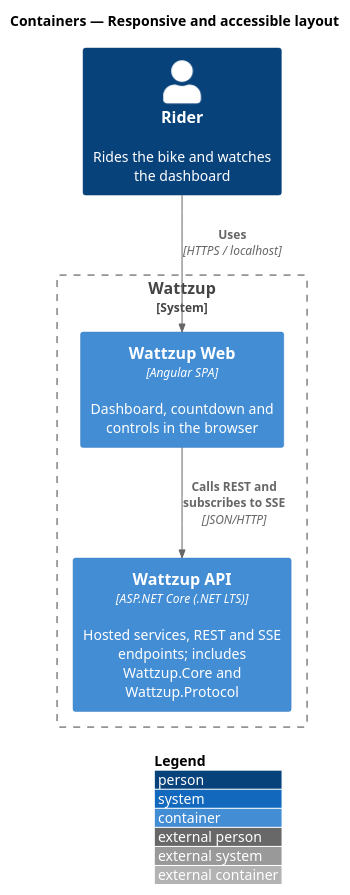
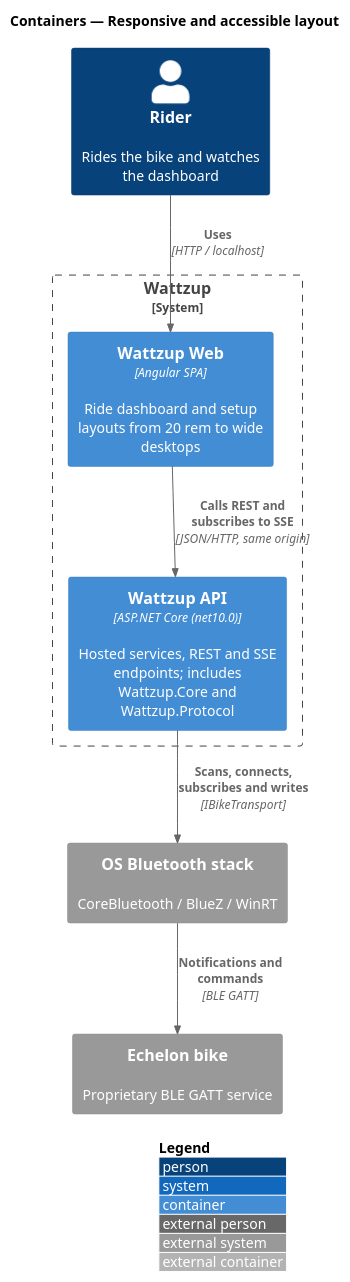
Before and after one commit to QuinntyneBrown/ride-one: the diagram in docs/detailed-designs/dashboard/responsive-accessible-layout/diagrams/c4-container.puml, drawn with PlantUML. The commit also changed 265 other files, not shown here.

```diff
--- a/docs/detailed-designs/dashboard/responsive-accessible-layout/diagrams/c4-container.puml
+++ b/docs/detailed-designs/dashboard/responsive-accessible-layout/diagrams/c4-container.puml
@@ -1,14 +1,18 @@
 @startuml
 !include <C4/C4_Container>
 LAYOUT_WITH_LEGEND()
 title Containers — Responsive and accessible layout
 
 Person(rider, "Rider", "Rides the bike and watches the dashboard")
 System_Boundary(wattzup, "Wattzup") {
-  Container(web, "Wattzup Web", "Angular SPA", "Dashboard, countdown and controls in the browser")
-  Container(api, "Wattzup API", "ASP.NET Core (.NET LTS)", "Hosted services, REST and SSE endpoints; includes Wattzup.Core and Wattzup.Protocol")
+  Container(web, "Wattzup Web", "Angular SPA", "Ride dashboard and setup layouts from 20 rem to wide desktops")
+  Container(api, "Wattzup API", "ASP.NET Core (net10.0)", "Hosted services, REST and SSE endpoints; includes Wattzup.Core and Wattzup.Protocol")
 }
+System_Ext(os, "OS Bluetooth stack", "CoreBluetooth / BlueZ / WinRT")
+System_Ext(bike, "Echelon bike", "Proprietary BLE GATT service")
 
-Rel(rider, web, "Uses", "HTTPS / localhost")
-Rel(web, api, "Calls REST and subscribes to SSE", "JSON/HTTP")
+Rel(rider, web, "Uses", "HTTP / localhost")
+Rel(web, api, "Calls REST and subscribes to SSE", "JSON/HTTP, same origin")
+Rel(api, os, "Scans, connects, subscribes and writes", "IBikeTransport")
+Rel(os, bike, "Notifications and commands", "BLE GATT")
 @enduml
```
